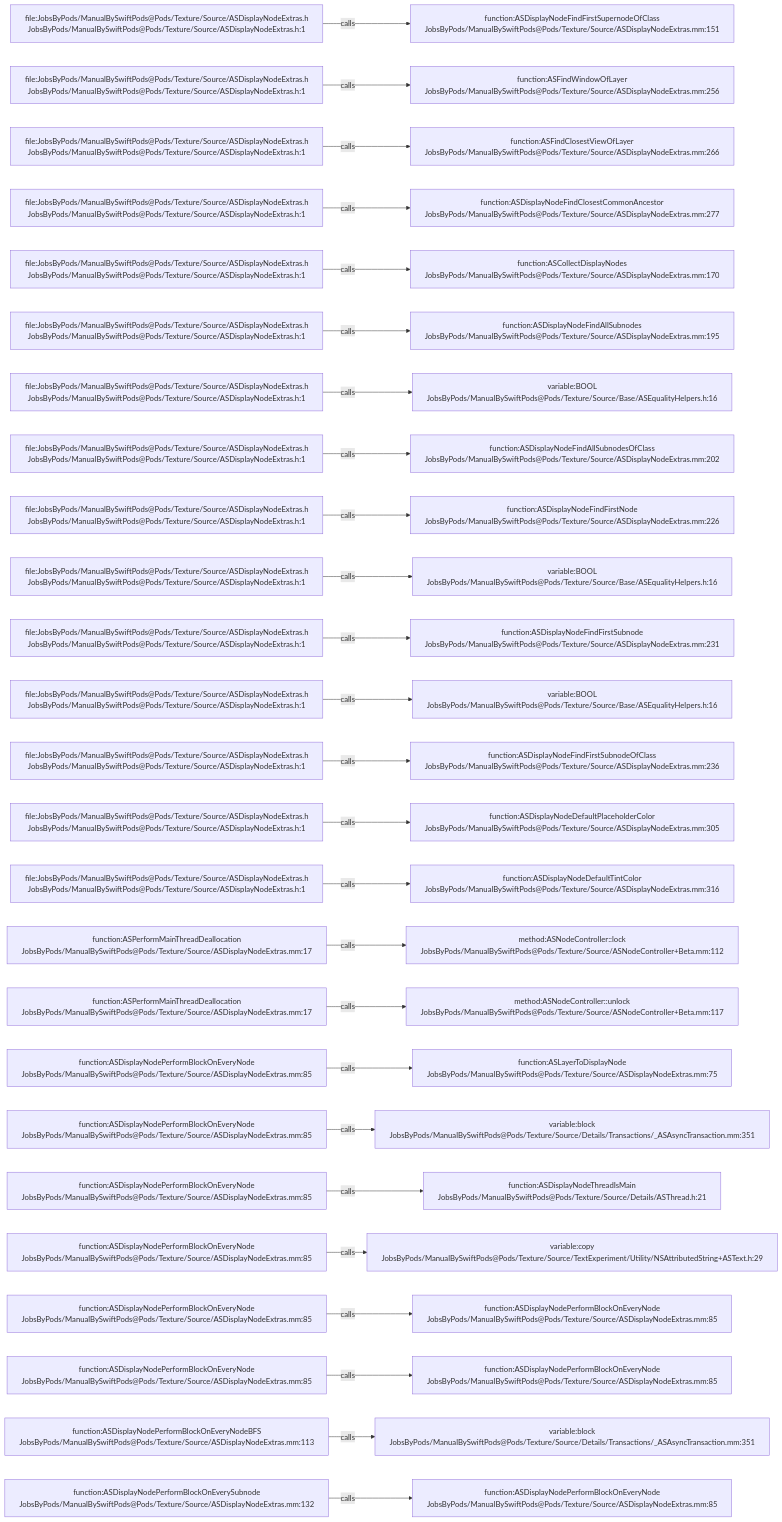
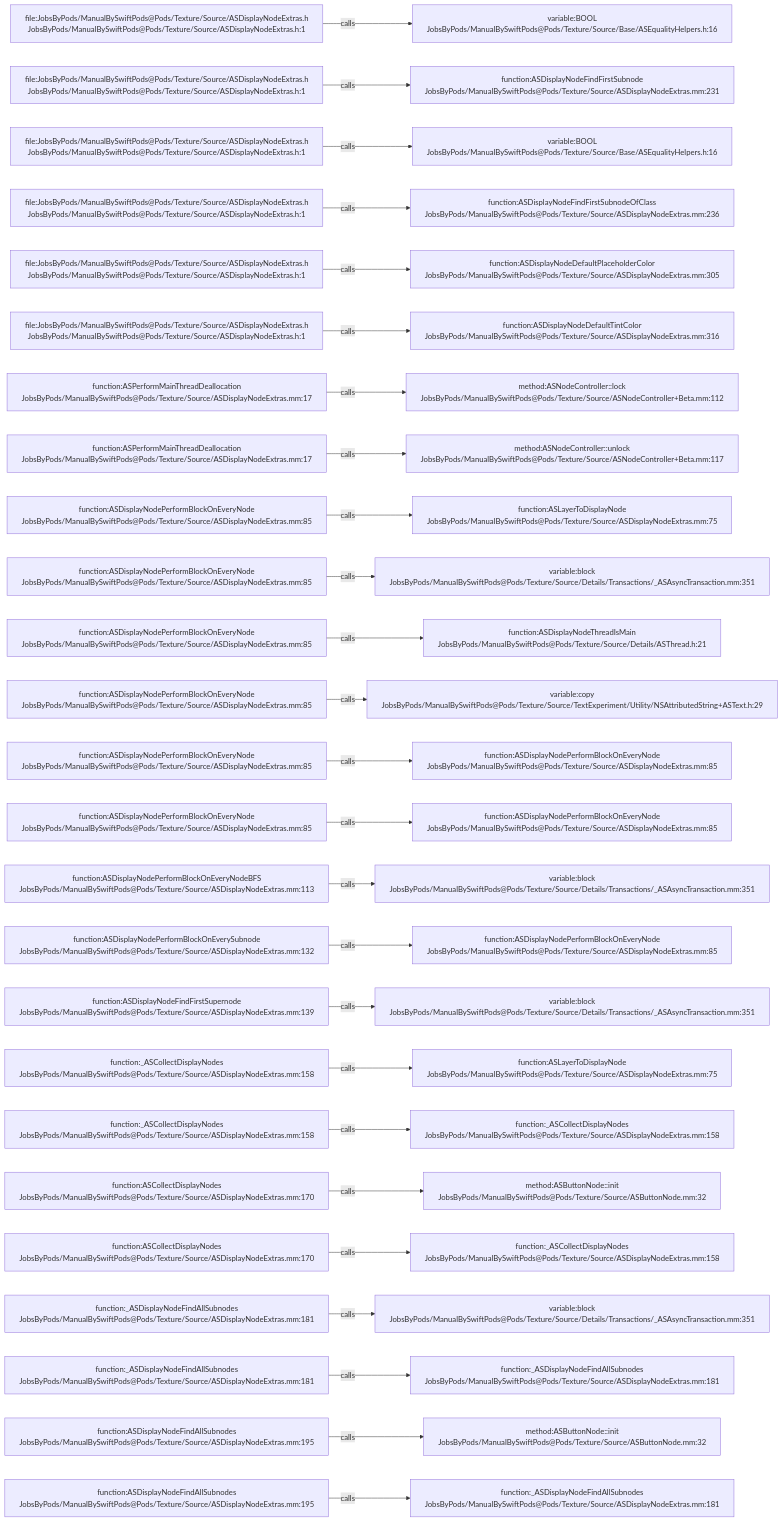
Before and after one commit to JobsKits/JobsSwiftBaseConfigDemo: the diagram in .codegraph/codegraph.md/graphs/calls-038.md, drawn with Mermaid. The commit also changed 707 other files, not shown here.

````diff
--- a/.codegraph/codegraph.md/graphs/calls-038.md
+++ b/.codegraph/codegraph.md/graphs/calls-038.md
@@ -13,78 +13,78 @@
 ```mermaid
 flowchart LR
   S1["file:JobsByPods/ManualBySwiftPods@Pods/Texture/Source/ASDisplayNodeExtras.h<br/>JobsByPods/ManualBySwiftPods@Pods/Texture/Source/ASDisplayNodeExtras.h:1"]
-  T1["function:ASDisplayNodeFindFirstSupernodeOfClass<br/>JobsByPods/ManualBySwiftPods@Pods/Texture/Source/ASDisplayNodeExtras.mm:151"]
+  T1["variable:BOOL<br/>JobsByPods/ManualBySwiftPods@Pods/Texture/Source/Base/ASEqualityHelpers.h:16"]
   S1 -->|calls| T1
   S2["file:JobsByPods/ManualBySwiftPods@Pods/Texture/Source/ASDisplayNodeExtras.h<br/>JobsByPods/ManualBySwiftPods@Pods/Texture/Source/ASDisplayNodeExtras.h:1"]
-  T2["function:ASFindWindowOfLayer<br/>JobsByPods/ManualBySwiftPods@Pods/Texture/Source/ASDisplayNodeExtras.mm:256"]
+  T2["function:ASDisplayNodeFindFirstSubnode<br/>JobsByPods/ManualBySwiftPods@Pods/Texture/Source/ASDisplayNodeExtras.mm:231"]
   S2 -->|calls| T2
   S3["file:JobsByPods/ManualBySwiftPods@Pods/Texture/Source/ASDisplayNodeExtras.h<br/>JobsByPods/ManualBySwiftPods@Pods/Texture/Source/ASDisplayNodeExtras.h:1"]
-  T3["function:ASFindClosestViewOfLayer<br/>JobsByPods/ManualBySwiftPods@Pods/Texture/Source/ASDisplayNodeExtras.mm:266"]
+  T3["variable:BOOL<br/>JobsByPods/ManualBySwiftPods@Pods/Texture/Source/Base/ASEqualityHelpers.h:16"]
   S3 -->|calls| T3
   S4["file:JobsByPods/ManualBySwiftPods@Pods/Texture/Source/ASDisplayNodeExtras.h<br/>JobsByPods/ManualBySwiftPods@Pods/Texture/Source/ASDisplayNodeExtras.h:1"]
-  T4["function:ASDisplayNodeFindClosestCommonAncestor<br/>JobsByPods/ManualBySwiftPods@Pods/Texture/Source/ASDisplayNodeExtras.mm:277"]
+  T4["function:ASDisplayNodeFindFirstSubnodeOfClass<br/>JobsByPods/ManualBySwiftPods@Pods/Texture/Source/ASDisplayNodeExtras.mm:236"]
   S4 -->|calls| T4
   S5["file:JobsByPods/ManualBySwiftPods@Pods/Texture/Source/ASDisplayNodeExtras.h<br/>JobsByPods/ManualBySwiftPods@Pods/Texture/Source/ASDisplayNodeExtras.h:1"]
-  T5["function:ASCollectDisplayNodes<br/>JobsByPods/ManualBySwiftPods@Pods/Texture/Source/ASDisplayNodeExtras.mm:170"]
+  T5["function:ASDisplayNodeDefaultPlaceholderColor<br/>JobsByPods/ManualBySwiftPods@Pods/Texture/Source/ASDisplayNodeExtras.mm:305"]
   S5 -->|calls| T5
   S6["file:JobsByPods/ManualBySwiftPods@Pods/Texture/Source/ASDisplayNodeExtras.h<br/>JobsByPods/ManualBySwiftPods@Pods/Texture/Source/ASDisplayNodeExtras.h:1"]
-  T6["function:ASDisplayNodeFindAllSubnodes<br/>JobsByPods/ManualBySwiftPods@Pods/Texture/Source/ASDisplayNodeExtras.mm:195"]
+  T6["function:ASDisplayNodeDefaultTintColor<br/>JobsByPods/ManualBySwiftPods@Pods/Texture/Source/ASDisplayNodeExtras.mm:316"]
   S6 -->|calls| T6
-  S7["file:JobsByPods/ManualBySwiftPods@Pods/Texture/Source/ASDisplayNodeExtras.h<br/>JobsByPods/ManualBySwiftPods@Pods/Texture/Source/ASDisplayNodeExtras.h:1"]
-  T7["variable:BOOL<br/>JobsByPods/ManualBySwiftPods@Pods/Texture/Source/Base/ASEqualityHelpers.h:16"]
+  S7["function:ASPerformMainThreadDeallocation<br/>JobsByPods/ManualBySwiftPods@Pods/Texture/Source/ASDisplayNodeExtras.mm:17"]
+  T7["method:ASNodeController::lock<br/>JobsByPods/ManualBySwiftPods@Pods/Texture/Source/ASNodeController+Beta.mm:112"]
   S7 -->|calls| T7
-  S8["file:JobsByPods/ManualBySwiftPods@Pods/Texture/Source/ASDisplayNodeExtras.h<br/>JobsByPods/ManualBySwiftPods@Pods/Texture/Source/ASDisplayNodeExtras.h:1"]
-  T8["function:ASDisplayNodeFindAllSubnodesOfClass<br/>JobsByPods/ManualBySwiftPods@Pods/Texture/Source/ASDisplayNodeExtras.mm:202"]
+  S8["function:ASPerformMainThreadDeallocation<br/>JobsByPods/ManualBySwiftPods@Pods/Texture/Source/ASDisplayNodeExtras.mm:17"]
+  T8["method:ASNodeController::unlock<br/>JobsByPods/ManualBySwiftPods@Pods/Texture/Source/ASNodeController+Beta.mm:117"]
   S8 -->|calls| T8
-  S9["file:JobsByPods/ManualBySwiftPods@Pods/Texture/Source/ASDisplayNodeExtras.h<br/>JobsByPods/ManualBySwiftPods@Pods/Texture/Source/ASDisplayNodeExtras.h:1"]
-  T9["function:ASDisplayNodeFindFirstNode<br/>JobsByPods/ManualBySwiftPods@Pods/Texture/Source/ASDisplayNodeExtras.mm:226"]
+  S9["function:ASDisplayNodePerformBlockOnEveryNode<br/>JobsByPods/ManualBySwiftPods@Pods/Texture/Source/ASDisplayNodeExtras.mm:85"]
+  T9["function:ASLayerToDisplayNode<br/>JobsByPods/ManualBySwiftPods@Pods/Texture/Source/ASDisplayNodeExtras.mm:75"]
   S9 -->|calls| T9
-  S10["file:JobsByPods/ManualBySwiftPods@Pods/Texture/Source/ASDisplayNodeExtras.h<br/>JobsByPods/ManualBySwiftPods@Pods/Texture/Source/ASDisplayNodeExtras.h:1"]
-  T10["variable:BOOL<br/>JobsByPods/ManualBySwiftPods@Pods/Texture/Source/Base/ASEqualityHelpers.h:16"]
+  S10["function:ASDisplayNodePerformBlockOnEveryNode<br/>JobsByPods/ManualBySwiftPods@Pods/Texture/Source/ASDisplayNodeExtras.mm:85"]
+  T10["variable:block<br/>JobsByPods/ManualBySwiftPods@Pods/Texture/Source/Details/Transactions/_ASAsyncTransaction.mm:351"]
   S10 -->|calls| T10
-  S11["file:JobsByPods/ManualBySwiftPods@Pods/Texture/Source/ASDisplayNodeExtras.h<br/>JobsByPods/ManualBySwiftPods@Pods/Texture/Source/ASDisplayNodeExtras.h:1"]
-  T11["function:ASDisplayNodeFindFirstSubnode<br/>JobsByPods/ManualBySwiftPods@Pods/Texture/Source/ASDisplayNodeExtras.mm:231"]
+  S11["function:ASDisplayNodePerformBlockOnEveryNode<br/>JobsByPods/ManualBySwiftPods@Pods/Texture/Source/ASDisplayNodeExtras.mm:85"]
+  T11["function:ASDisplayNodeThreadIsMain<br/>JobsByPods/ManualBySwiftPods@Pods/Texture/Source/Details/ASThread.h:21"]
   S11 -->|calls| T11
-  S12["file:JobsByPods/ManualBySwiftPods@Pods/Texture/Source/ASDisplayNodeExtras.h<br/>JobsByPods/ManualBySwiftPods@Pods/Texture/Source/ASDisplayNodeExtras.h:1"]
-  T12["variable:BOOL<br/>JobsByPods/ManualBySwiftPods@Pods/Texture/Source/Base/ASEqualityHelpers.h:16"]
+  S12["function:ASDisplayNodePerformBlockOnEveryNode<br/>JobsByPods/ManualBySwiftPods@Pods/Texture/Source/ASDisplayNodeExtras.mm:85"]
+  T12["variable:copy<br/>JobsByPods/ManualBySwiftPods@Pods/Texture/Source/TextExperiment/Utility/NSAttributedString+ASText.h:29"]
   S12 -->|calls| T12
-  S13["file:JobsByPods/ManualBySwiftPods@Pods/Texture/Source/ASDisplayNodeExtras.h<br/>JobsByPods/ManualBySwiftPods@Pods/Texture/Source/ASDisplayNodeExtras.h:1"]
-  T13["function:ASDisplayNodeFindFirstSubnodeOfClass<br/>JobsByPods/ManualBySwiftPods@Pods/Texture/Source/ASDisplayNodeExtras.mm:236"]
+  S13["function:ASDisplayNodePerformBlockOnEveryNode<br/>JobsByPods/ManualBySwiftPods@Pods/Texture/Source/ASDisplayNodeExtras.mm:85"]
+  T13["function:ASDisplayNodePerformBlockOnEveryNode<br/>JobsByPods/ManualBySwiftPods@Pods/Texture/Source/ASDisplayNodeExtras.mm:85"]
   S13 -->|calls| T13
-  S14["file:JobsByPods/ManualBySwiftPods@Pods/Texture/Source/ASDisplayNodeExtras.h<br/>JobsByPods/ManualBySwiftPods@Pods/Texture/Source/ASDisplayNodeExtras.h:1"]
-  T14["function:ASDisplayNodeDefaultPlaceholderColor<br/>JobsByPods/ManualBySwiftPods@Pods/Texture/Source/ASDisplayNodeExtras.mm:305"]
+  S14["function:ASDisplayNodePerformBlockOnEveryNode<br/>JobsByPods/ManualBySwiftPods@Pods/Texture/Source/ASDisplayNodeExtras.mm:85"]
+  T14["function:ASDisplayNodePerformBlockOnEveryNode<br/>JobsByPods/ManualBySwiftPods@Pods/Texture/Source/ASDisplayNodeExtras.mm:85"]
   S14 -->|calls| T14
-  S15["file:JobsByPods/ManualBySwiftPods@Pods/Texture/Source/ASDisplayNodeExtras.h<br/>JobsByPods/ManualBySwiftPods@Pods/Texture/Source/ASDisplayNodeExtras.h:1"]
-  T15["function:ASDisplayNodeDefaultTintColor<br/>JobsByPods/ManualBySwiftPods@Pods/Texture/Source/ASDisplayNodeExtras.mm:316"]
+  S15["function:ASDisplayNodePerformBlockOnEveryNodeBFS<br/>JobsByPods/ManualBySwiftPods@Pods/Texture/Source/ASDisplayNodeExtras.mm:113"]
+  T15["variable:block<br/>JobsByPods/ManualBySwiftPods@Pods/Texture/Source/Details/Transactions/_ASAsyncTransaction.mm:351"]
   S15 -->|calls| T15
-  S16["function:ASPerformMainThreadDeallocation<br/>JobsByPods/ManualBySwiftPods@Pods/Texture/Source/ASDisplayNodeExtras.mm:17"]
-  T16["method:ASNodeController::lock<br/>JobsByPods/ManualBySwiftPods@Pods/Texture/Source/ASNodeController+Beta.mm:112"]
+  S16["function:ASDisplayNodePerformBlockOnEverySubnode<br/>JobsByPods/ManualBySwiftPods@Pods/Texture/Source/ASDisplayNodeExtras.mm:132"]
+  T16["function:ASDisplayNodePerformBlockOnEveryNode<br/>JobsByPods/ManualBySwiftPods@Pods/Texture/Source/ASDisplayNodeExtras.mm:85"]
   S16 -->|calls| T16
-  S17["function:ASPerformMainThreadDeallocation<br/>JobsByPods/ManualBySwiftPods@Pods/Texture/Source/ASDisplayNodeExtras.mm:17"]
-  T17["method:ASNodeController::unlock<br/>JobsByPods/ManualBySwiftPods@Pods/Texture/Source/ASNodeController+Beta.mm:117"]
+  S17["function:ASDisplayNodeFindFirstSupernode<br/>JobsByPods/ManualBySwiftPods@Pods/Texture/Source/ASDisplayNodeExtras.mm:139"]
+  T17["variable:block<br/>JobsByPods/ManualBySwiftPods@Pods/Texture/Source/Details/Transactions/_ASAsyncTransaction.mm:351"]
   S17 -->|calls| T17
-  S18["function:ASDisplayNodePerformBlockOnEveryNode<br/>JobsByPods/ManualBySwiftPods@Pods/Texture/Source/ASDisplayNodeExtras.mm:85"]
+  S18["function:_ASCollectDisplayNodes<br/>JobsByPods/ManualBySwiftPods@Pods/Texture/Source/ASDisplayNodeExtras.mm:158"]
   T18["function:ASLayerToDisplayNode<br/>JobsByPods/ManualBySwiftPods@Pods/Texture/Source/ASDisplayNodeExtras.mm:75"]
   S18 -->|calls| T18
-  S19["function:ASDisplayNodePerformBlockOnEveryNode<br/>JobsByPods/ManualBySwiftPods@Pods/Texture/Source/ASDisplayNodeExtras.mm:85"]
-  T19["variable:block<br/>JobsByPods/ManualBySwiftPods@Pods/Texture/Source/Details/Transactions/_ASAsyncTransaction.mm:351"]
+  S19["function:_ASCollectDisplayNodes<br/>JobsByPods/ManualBySwiftPods@Pods/Texture/Source/ASDisplayNodeExtras.mm:158"]
+  T19["function:_ASCollectDisplayNodes<br/>JobsByPods/ManualBySwiftPods@Pods/Texture/Source/ASDisplayNodeExtras.mm:158"]
   S19 -->|calls| T19
-  S20["function:ASDisplayNodePerformBlockOnEveryNode<br/>JobsByPods/ManualBySwiftPods@Pods/Texture/Source/ASDisplayNodeExtras.mm:85"]
-  T20["function:ASDisplayNodeThreadIsMain<br/>JobsByPods/ManualBySwiftPods@Pods/Texture/Source/Details/ASThread.h:21"]
+  S20["function:ASCollectDisplayNodes<br/>JobsByPods/ManualBySwiftPods@Pods/Texture/Source/ASDisplayNodeExtras.mm:170"]
+  T20["method:ASButtonNode::init<br/>JobsByPods/ManualBySwiftPods@Pods/Texture/Source/ASButtonNode.mm:32"]
   S20 -->|calls| T20
-  S21["function:ASDisplayNodePerformBlockOnEveryNode<br/>JobsByPods/ManualBySwiftPods@Pods/Texture/Source/ASDisplayNodeExtras.mm:85"]
-  T21["variable:copy<br/>JobsByPods/ManualBySwiftPods@Pods/Texture/Source/TextExperiment/Utility/NSAttributedString+ASText.h:29"]
+  S21["function:ASCollectDisplayNodes<br/>JobsByPods/ManualBySwiftPods@Pods/Texture/Source/ASDisplayNodeExtras.mm:170"]
+  T21["function:_ASCollectDisplayNodes<br/>JobsByPods/ManualBySwiftPods@Pods/Texture/Source/ASDisplayNodeExtras.mm:158"]
   S21 -->|calls| T21
-  S22["function:ASDisplayNodePerformBlockOnEveryNode<br/>JobsByPods/ManualBySwiftPods@Pods/Texture/Source/ASDisplayNodeExtras.mm:85"]
-  T22["function:ASDisplayNodePerformBlockOnEveryNode<br/>JobsByPods/ManualBySwiftPods@Pods/Texture/Source/ASDisplayNodeExtras.mm:85"]
+  S22["function:_ASDisplayNodeFindAllSubnodes<br/>JobsByPods/ManualBySwiftPods@Pods/Texture/Source/ASDisplayNodeExtras.mm:181"]
+  T22["variable:block<br/>JobsByPods/ManualBySwiftPods@Pods/Texture/Source/Details/Transactions/_ASAsyncTransaction.mm:351"]
   S22 -->|calls| T22
-  S23["function:ASDisplayNodePerformBlockOnEveryNode<br/>JobsByPods/ManualBySwiftPods@Pods/Texture/Source/ASDisplayNodeExtras.mm:85"]
-  T23["function:ASDisplayNodePerformBlockOnEveryNode<br/>JobsByPods/ManualBySwiftPods@Pods/Texture/Source/ASDisplayNodeExtras.mm:85"]
+  S23["function:_ASDisplayNodeFindAllSubnodes<br/>JobsByPods/ManualBySwiftPods@Pods/Texture/Source/ASDisplayNodeExtras.mm:181"]
+  T23["function:_ASDisplayNodeFindAllSubnodes<br/>JobsByPods/ManualBySwiftPods@Pods/Texture/Source/ASDisplayNodeExtras.mm:181"]
   S23 -->|calls| T23
-  S24["function:ASDisplayNodePerformBlockOnEveryNodeBFS<br/>JobsByPods/ManualBySwiftPods@Pods/Texture/Source/ASDisplayNodeExtras.mm:113"]
-  T24["variable:block<br/>JobsByPods/ManualBySwiftPods@Pods/Texture/Source/Details/Transactions/_ASAsyncTransaction.mm:351"]
+  S24["function:ASDisplayNodeFindAllSubnodes<br/>JobsByPods/ManualBySwiftPods@Pods/Texture/Source/ASDisplayNodeExtras.mm:195"]
+  T24["method:ASButtonNode::init<br/>JobsByPods/ManualBySwiftPods@Pods/Texture/Source/ASButtonNode.mm:32"]
   S24 -->|calls| T24
-  S25["function:ASDisplayNodePerformBlockOnEverySubnode<br/>JobsByPods/ManualBySwiftPods@Pods/Texture/Source/ASDisplayNodeExtras.mm:132"]
-  T25["function:ASDisplayNodePerformBlockOnEveryNode<br/>JobsByPods/ManualBySwiftPods@Pods/Texture/Source/ASDisplayNodeExtras.mm:85"]
+  S25["function:ASDisplayNodeFindAllSubnodes<br/>JobsByPods/ManualBySwiftPods@Pods/Texture/Source/ASDisplayNodeExtras.mm:195"]
+  T25["function:_ASDisplayNodeFindAllSubnodes<br/>JobsByPods/ManualBySwiftPods@Pods/Texture/Source/ASDisplayNodeExtras.mm:181"]
   S25 -->|calls| T25
 ```
````
